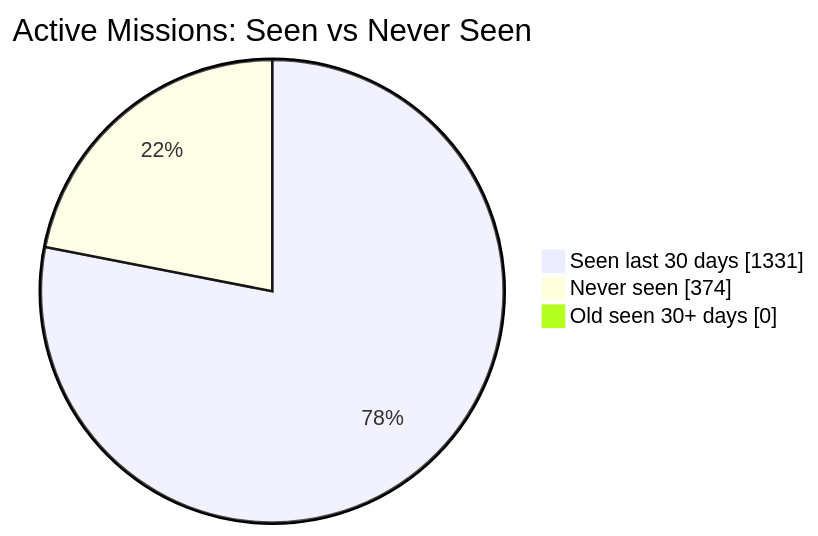
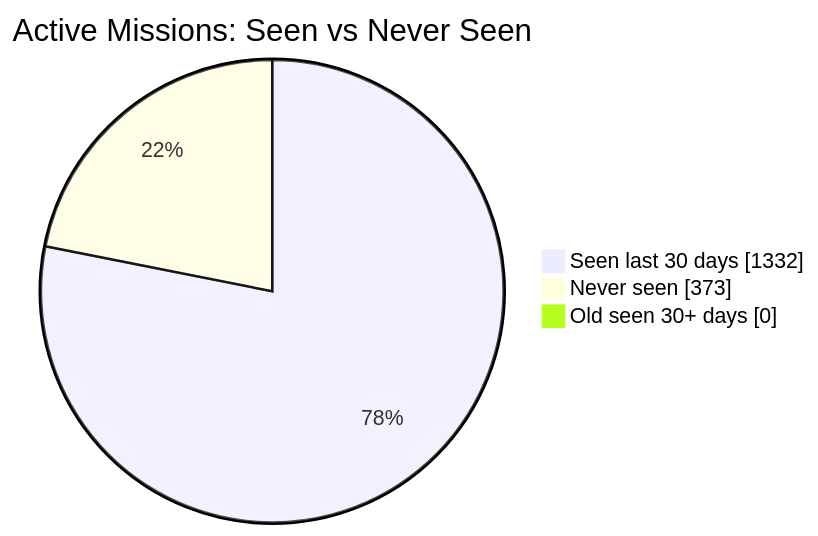
One commit to MeldkamerspelGameTeam/active-missions changed the first of 2 diagrams in README.md. Above: the diagram before and after it, drawn with Mermaid. The commit also changed other lines of this file and 2 other files, not shown here.

````diff
--- a/README.md
+++ b/README.md
@@ -34,7 +34,7 @@
 ```mermaid
 pie showData
     title Active Missions: Seen vs Never Seen
-    "Seen last 30 days" : 1331
-    "Never seen" : 374
+    "Seen last 30 days" : 1332
+    "Never seen" : 373
     "Old seen 30+ days" : 0
 ```
````
